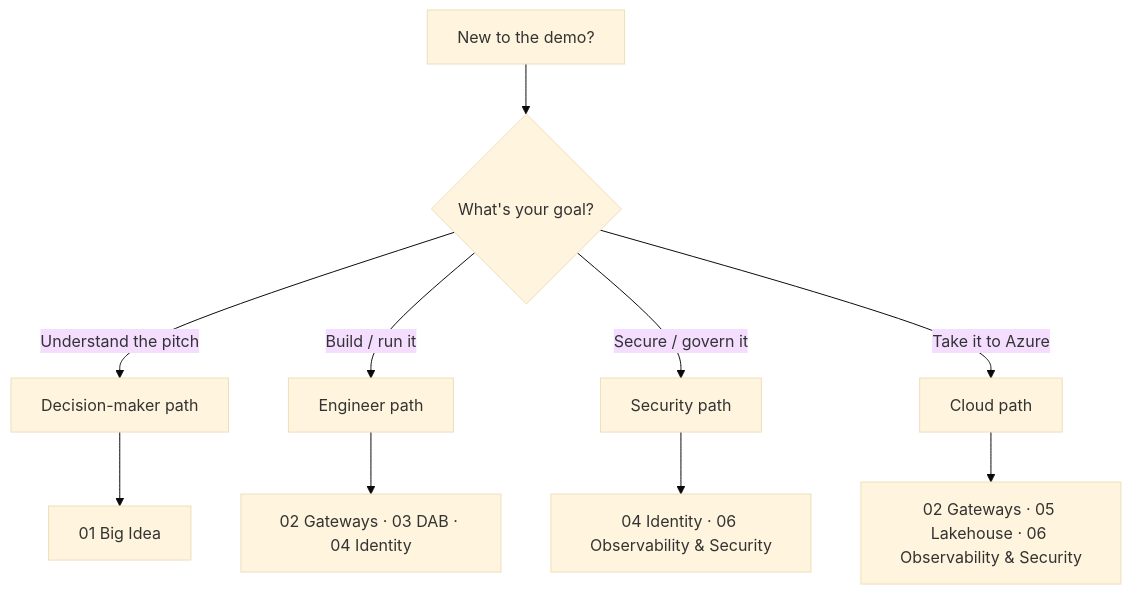
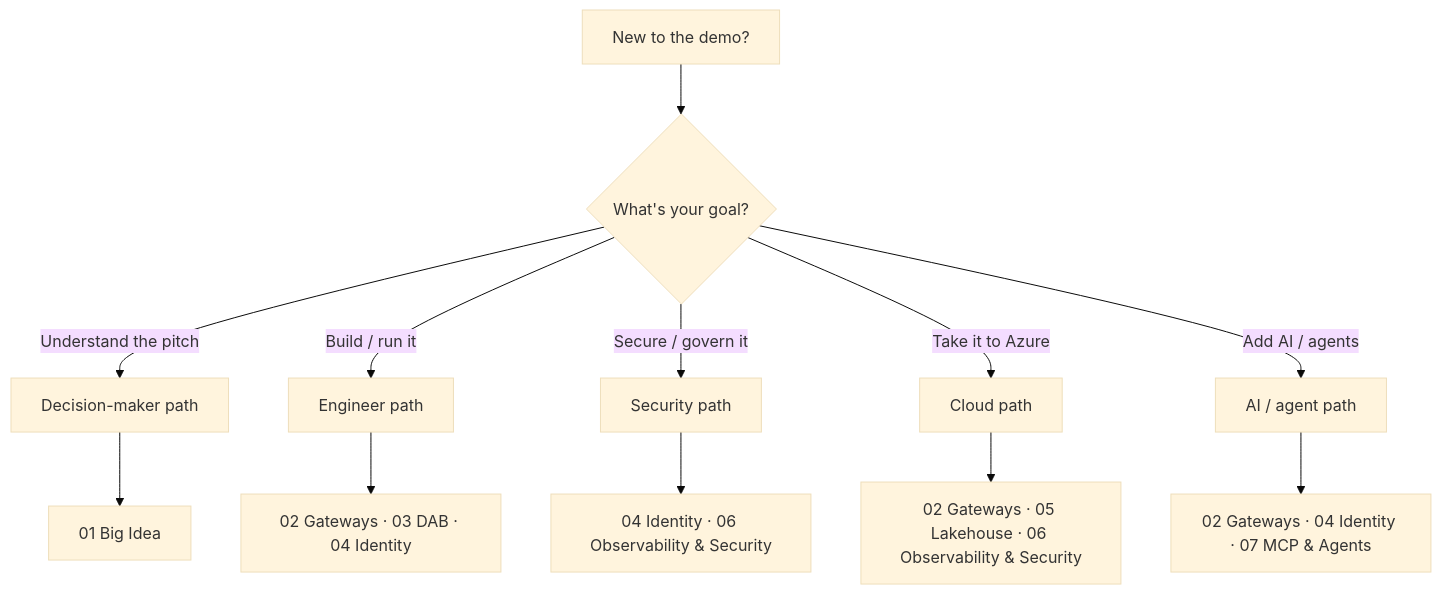
One commit to fgarofalo56/nasa-api-first-poc changed the second of 3 diagrams in docs/concepts/README.md. Above: the diagram before and after it, drawn with Mermaid (base theme). The commit also changed other lines of this file and 13 other files, not shown here.

````diff
--- a/docs/concepts/README.md
+++ b/docs/concepts/README.md
@@ -157,13 +159,15 @@
 ```mermaid
 flowchart TD
     START["New to the demo?"] --> Q{What's your goal?}
     Q -->|"Understand the pitch"| EXEC["Decision-maker path"]
     Q -->|"Build / run it"| DEV["Engineer path"]
     Q -->|"Secure / govern it"| SEC["Security path"]
     Q -->|"Take it to Azure"| CLOUD["Cloud path"]
+    Q -->|"Add AI / agents"| AI["AI / agent path"]
 
     EXEC --> E1["01 Big Idea"]
     DEV --> D1["02 Gateways · 03 DAB · 04 Identity"]
     SEC --> S1["04 Identity · 06 Observability & Security"]
     CLOUD --> C1["02 Gateways · 05 Lakehouse · 06 Observability & Security"]
+    AI --> A1["02 Gateways · 04 Identity · 07 MCP & Agents"]
 ```
````
